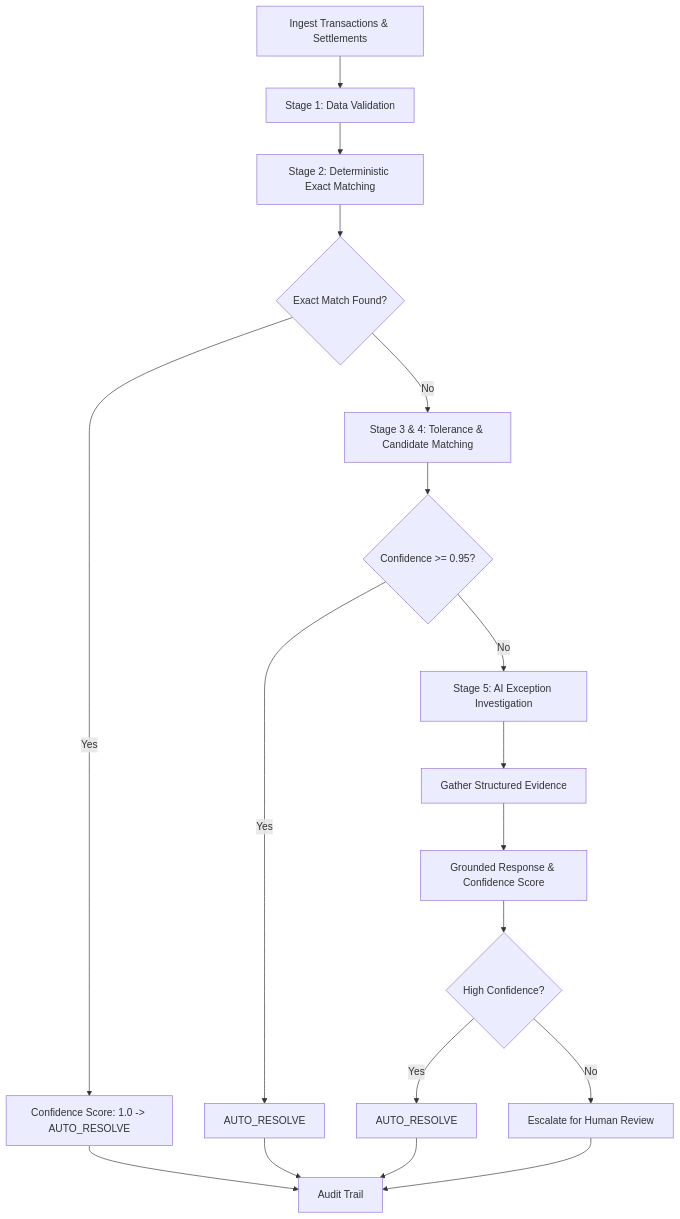
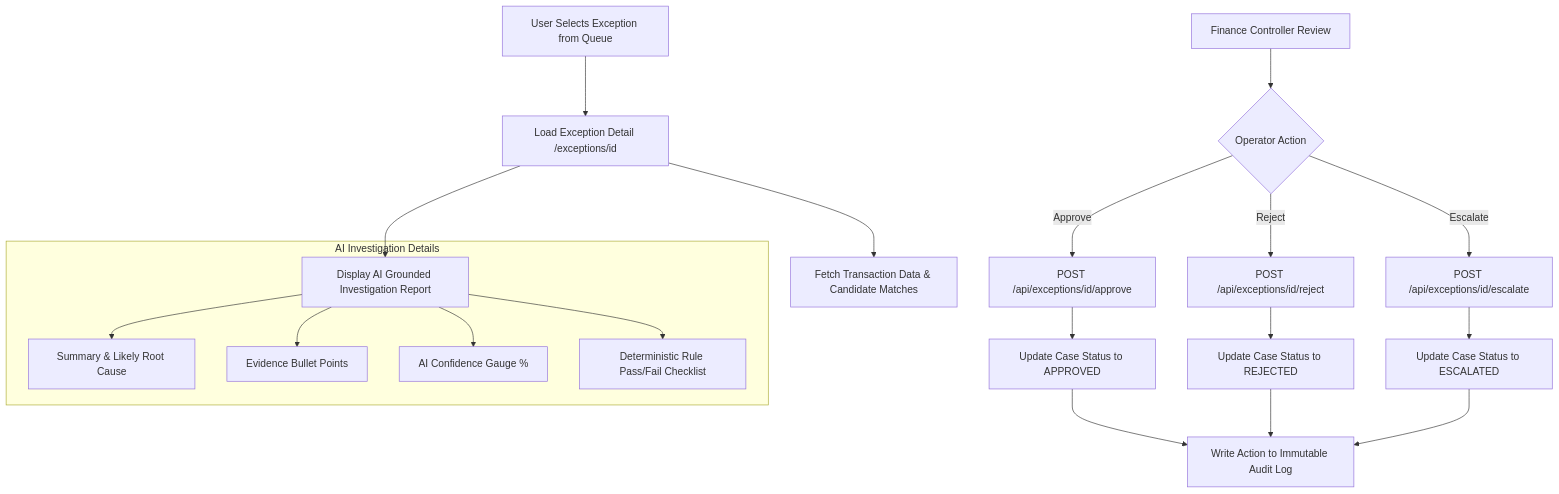
The fourth of 7 diagrams in README.md (Harsh-Codes-77/ledgerlens-ai), drawn with Mermaid before and after one commit. The commit also changed other lines of this file, not shown here.

Commit message:
Add detailed README with flowcharts for every page and workflow

````diff
--- a/README.md
+++ b/README.md
@@ -13,20 +125,27 @@
 ```mermaid
-graph TD
-    A[Ingest Transactions & Settlements] --> B[Stage 1: Data Validation]
-    B --> C[Stage 2: Deterministic Exact Matching]
-    C --> D{Exact Match Found?}
-    D -- Yes --> E[Confidence Score: 1.0 -> AUTO_RESOLVE]
-    D -- No --> F[Stage 3 & 4: Tolerance & Candidate Matching]
-    F --> G{Confidence >= 0.95?}
-    G -- Yes --> H[AUTO_RESOLVE]
-    G -- No --> I[Stage 5: AI Exception Investigation]
-    I --> J[Gather Structured Evidence]
-    J --> K[Grounded Response & Confidence Score]
-    K --> L{High Confidence?}
-    L -- Yes --> M[AUTO_RESOLVE]
-    L -- No --> N[Escalate for Human Review]
-    E --> O[Audit Trail]
-    H --> O
-    M --> O
-    N --> O
+flowchart TD
+    A[User Selects Exception from Queue] --> B[Load Exception Detail /exceptions/id]
+    B --> C[Fetch Transaction Data & Candidate Matches]
+    B --> D[Display AI Grounded Investigation Report]
+    
+    subgraph AI Investigation Details
+        D --> D1[Summary & Likely Root Cause]
+        D --> D2[Evidence Bullet Points]
+        D --> D3[AI Confidence Gauge %]
+        D --> D4[Deterministic Rule Pass/Fail Checklist]
+    end
+    
+    E[Finance Controller Review] --> ActionChoice{Operator Action}
+    
+    ActionChoice -- Approve --> F[POST /api/exceptions/id/approve]
+    ActionChoice -- Reject --> G[POST /api/exceptions/id/reject]
+    ActionChoice -- Escalate --> H[POST /api/exceptions/id/escalate]
+    
+    F --> I[Update Case Status to APPROVED]
+    G --> J[Update Case Status to REJECTED]
+    H --> K[Update Case Status to ESCALATED]
+    
+    I --> L[Write Action to Immutable Audit Log]
+    J --> L
+    K --> L
 ```
````
